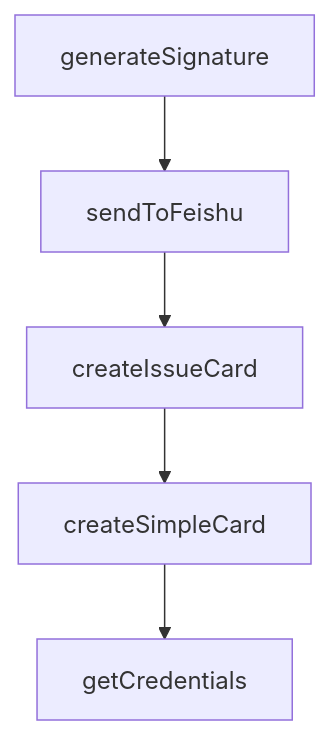
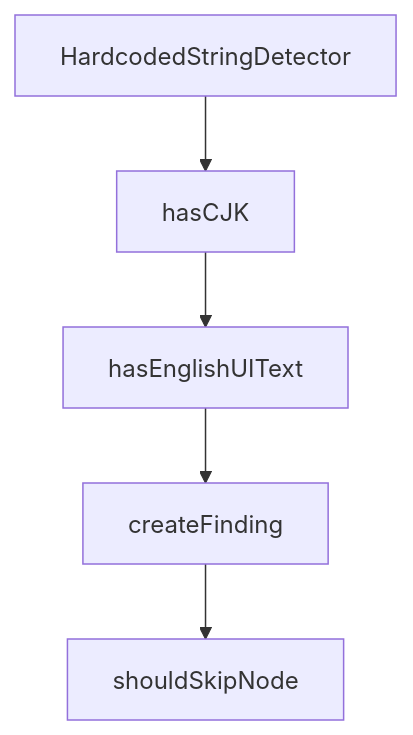
The diagram in tutorials/cherry-studio-tutorial/01-getting-started.md (johnxie/awesome-code-docs), drawn with Mermaid before and after one commit. The commit also changed other lines of this file and 1232 other files, not shown here.

````diff
--- a/tutorials/cherry-studio-tutorial/01-getting-started.md
+++ b/tutorials/cherry-studio-tutorial/01-getting-started.md
@@ -212,12 +210,12 @@
 ```mermaid
 flowchart TD
-    A[generateSignature]
-    B[sendToFeishu]
-    C[createIssueCard]
-    D[createSimpleCard]
-    E[getCredentials]
+    A[HardcodedStringDetector]
+    B[hasCJK]
+    C[hasEnglishUIText]
+    D[createFinding]
+    E[shouldSkipNode]
     A --> B
     B --> C
     C --> D
     D --> E
 ```
````
